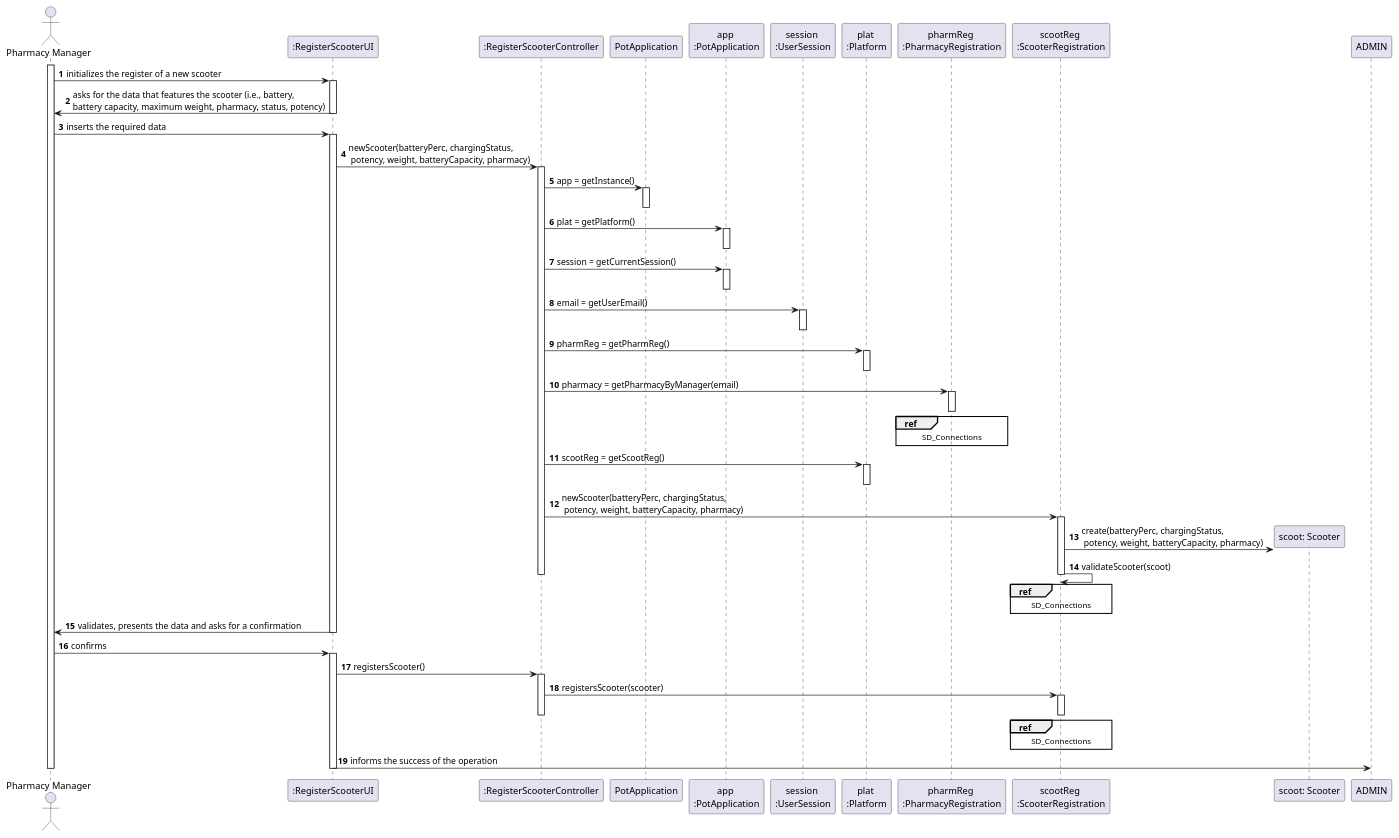
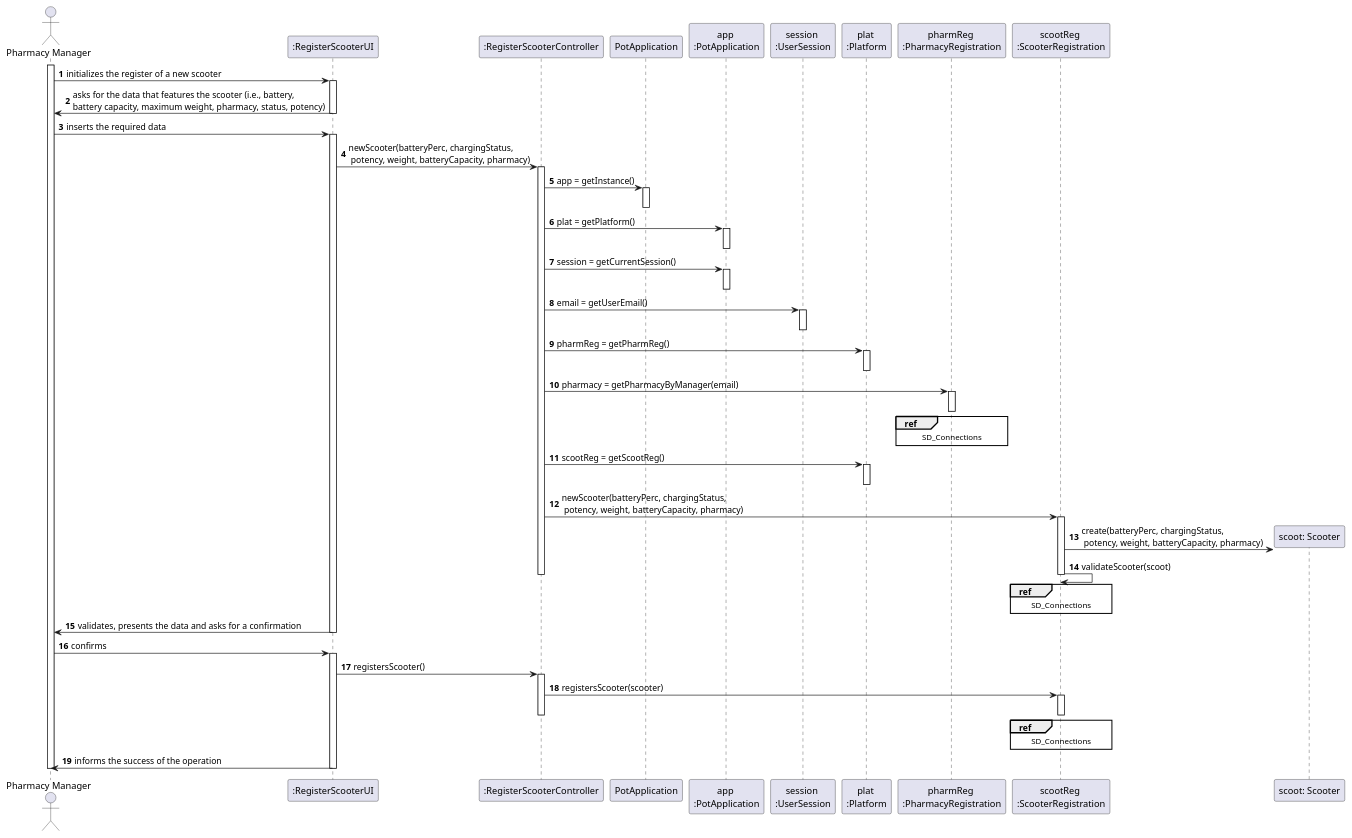
One commit to tiagoavcosta25/LAPR3 changed the diagram in docs/Iteration 1/Scooter Management/US21_RegisterScooter/US21_SD.puml. Above: the diagram before and after it, drawn with PlantUML. The commit also changed 20 other files, not shown here.

```diff
--- a/docs/Iteration 1/Scooter Management/US21_RegisterScooter/US21_SD.puml
+++ b/docs/Iteration 1/Scooter Management/US21_RegisterScooter/US21_SD.puml
@@ -1,82 +1,82 @@
 @startuml
 autonumber
 actor "Pharmacy Manager" as PHARMAN
 
 participant ":RegisterScooterUI" as UI
 participant ":RegisterScooterController" as CTRL
 participant "PotApplication" as PA
 participant "app \n:PotApplication" as APA
 participant "session \n:UserSession" as US
 participant "plat \n:Platform" as PLAT
 participant "pharmReg \n:PharmacyRegistration" as PH
 participant "scootReg \n:ScooterRegistration" as RS
 participant "scoot: Scooter" as SC
 
 
 
 activate PHARMAN
 
 PHARMAN -> UI : initializes the register of a new scooter
 activate UI
 UI -> PHARMAN : asks for the data that features the scooter (i.e., battery, \nbattery capacity, maximum weight, pharmacy, status, potency)
 deactivate UI
 
 PHARMAN -> UI : inserts the required data
 activate UI
 UI -> CTRL : newScooter(batteryPerc, chargingStatus,\n potency, weight, batteryCapacity, pharmacy)
 activate CTRL
 CTRL -> PA : app = getInstance()
 activate PA
 deactivate PA
 CTRL -> APA : plat = getPlatform()
 activate APA
 deactivate APA
 CTRL -> APA : session = getCurrentSession()
 activate APA
 deactivate APA
 CTRL -> US : email = getUserEmail()
 activate US
 deactivate US
 CTRL -> PLAT : pharmReg = getPharmReg()
 activate PLAT
 deactivate PLAT
 CTRL -> PH : pharmacy = getPharmacyByManager(email)
 activate PH
 ref over PH
 SD_Connections
 end ref
 deactivate PH
 CTRL -> PLAT : scootReg = getScootReg()
 activate PLAT
 deactivate PLAT
 CTRL -> RS : newScooter(batteryPerc, chargingStatus,\n potency, weight, batteryCapacity, pharmacy)
 activate RS
 RS -> SC ** : create(batteryPerc, chargingStatus,\n potency, weight, batteryCapacity, pharmacy)
 RS -> RS : validateScooter(scoot)
 ref over RS
 SD_Connections
 end ref
 deactivate RS
 deactivate CTRL
 
 
 UI -> PHARMAN : validates, presents the data and asks for a confirmation
 deactivate UI
 
 PHARMAN -> UI : confirms
 activate UI
 UI -> CTRL : registersScooter()
 activate CTRL
 CTRL -> RS : registersScooter(scooter)
 activate RS
 ref over RS
 SD_Connections
 end ref
 deactivate RS
 deactivate CTRL
-UI -> ADMIN : informs the success of the operation
+UI -> PHARMAN : informs the success of the operation
 deactivate UI
 
 deactivate PHARMAN
 
 @enduml
```
